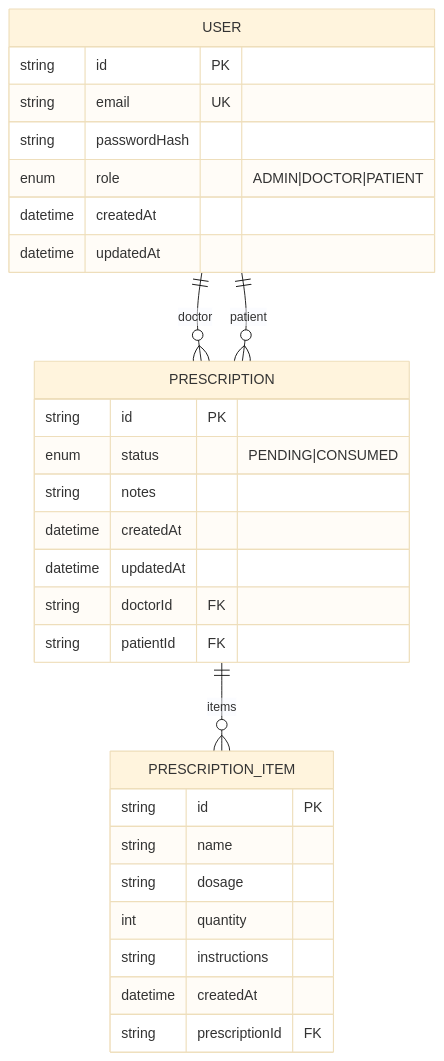
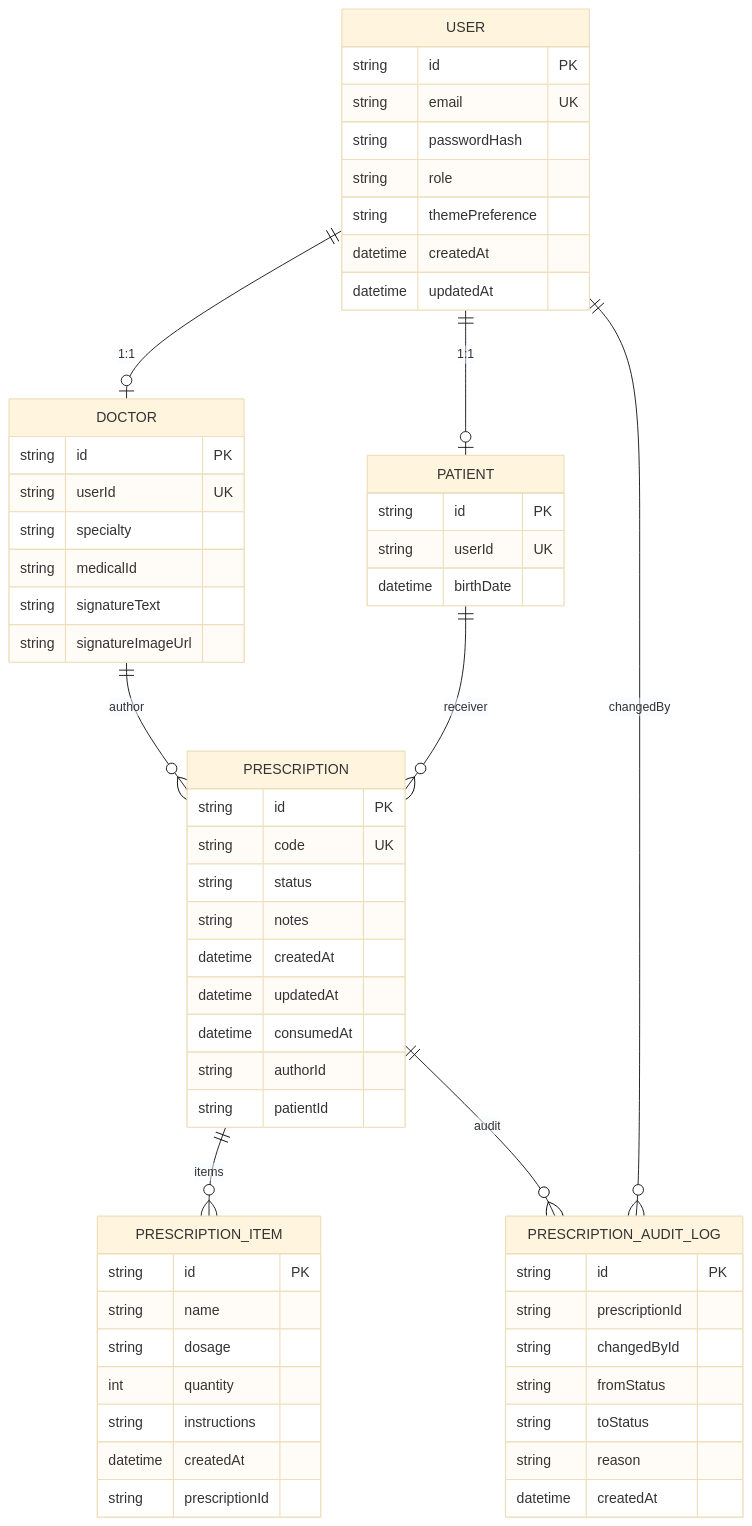
Before and after one commit to CristianMz21/prescriptions-app-backend: the diagram in docs/diagrams/02-er.mmd, drawn with Mermaid. The commit also changed 42 other files, not shown here.

```diff
--- a/docs/diagrams/02-er.mmd
+++ b/docs/diagrams/02-er.mmd
@@ -1,34 +1,66 @@
 %%{init: {"theme": "base", "themeVariables": {"fontSize": "16px"}}}%%
 erDiagram
     USER {
         string id PK
         string email UK
         string passwordHash
-        enum role "ADMIN|DOCTOR|PATIENT"
+        string role
+        string themePreference
         datetime createdAt
         datetime updatedAt
     }
 
+    DOCTOR {
+        string id PK
+        string userId UK
+        string specialty
+        string medicalId
+        string signatureText
+        string signatureImageUrl
+    }
+
+    PATIENT {
+        string id PK
+        string userId UK
+        datetime birthDate
+    }
+
     PRESCRIPTION {
         string id PK
-        enum status "PENDING|CONSUMED"
+        string code UK
+        string status
         string notes
         datetime createdAt
         datetime updatedAt
-        string doctorId FK
-        string patientId FK
+        datetime consumedAt
+        string authorId
+        string patientId
     }
 
     PRESCRIPTION_ITEM {
         string id PK
         string name
         string dosage
         int quantity
         string instructions
         datetime createdAt
-        string prescriptionId FK
+        string prescriptionId
     }
 
-    USER ||--o{ PRESCRIPTION : "doctor"
-    USER ||--o{ PRESCRIPTION : "patient"
+    PRESCRIPTION_AUDIT_LOG {
+        string id PK
+        string prescriptionId
+        string changedById
+        string fromStatus
+        string toStatus
+        string reason
+        datetime createdAt
+    }
+
+    USER ||--o| DOCTOR : "1:1"
+    USER ||--o| PATIENT : "1:1"
+    USER ||--o{ PRESCRIPTION_AUDIT_LOG : "changedBy"
+    DOCTOR ||--o{ PRESCRIPTION : "author"
+    PATIENT ||--o{ PRESCRIPTION : "receiver"
     PRESCRIPTION ||--o{ PRESCRIPTION_ITEM : "items"
+    PRESCRIPTION ||--o{ PRESCRIPTION_AUDIT_LOG : "audit"
```
